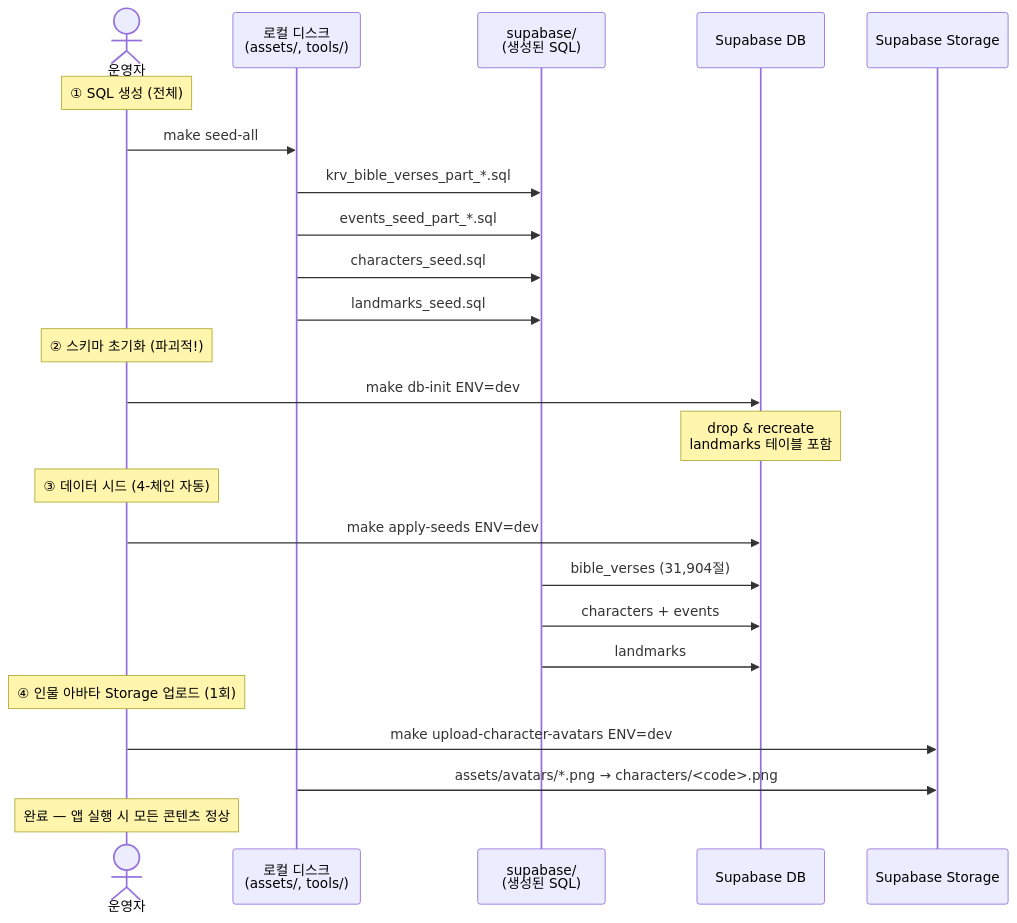
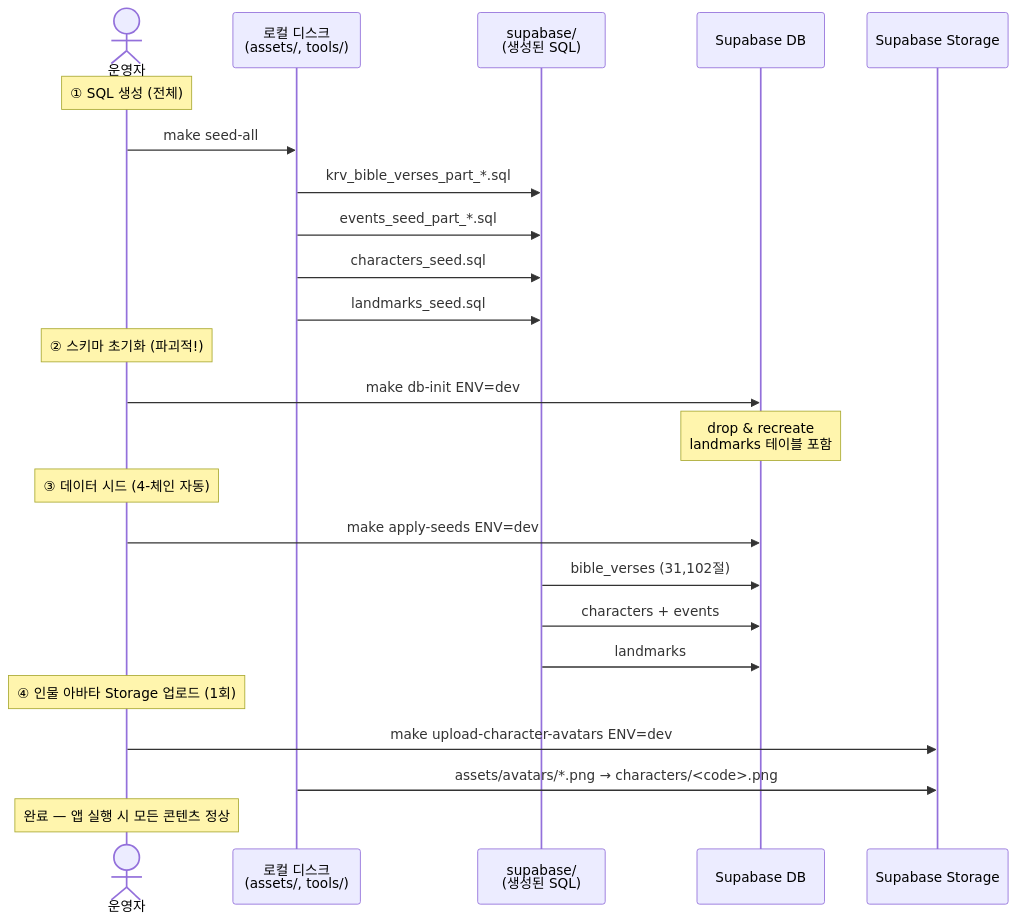
Before and after one commit to brand-i-admin/story_bible: the fifth of 5 diagrams in docs/guides/WORKFLOW_GUIDE.md, drawn with Mermaid. The commit also changed 10 other files, not shown here.

````diff
--- a/docs/guides/WORKFLOW_GUIDE.md
+++ b/docs/guides/WORKFLOW_GUIDE.md
@@ -430,31 +430,31 @@
 ```mermaid
 sequenceDiagram
     actor U as 운영자
     participant Local as 로컬 디스크<br/>(assets/, tools/)
     participant SQL as supabase/<br/>(생성된 SQL)
     participant DB as Supabase DB
     participant Storage as Supabase Storage
 
     Note over U: ① SQL 생성 (전체)
     U->>Local: make seed-all
     Local->>SQL: krv_bible_verses_part_*.sql
     Local->>SQL: events_seed_part_*.sql
     Local->>SQL: characters_seed.sql
     Local->>SQL: landmarks_seed.sql
 
     Note over U: ② 스키마 초기화 (파괴적!)
     U->>DB: make db-init ENV=dev
     Note over DB: drop & recreate<br/>landmarks 테이블 포함
 
     Note over U: ③ 데이터 시드 (4-체인 자동)
     U->>DB: make apply-seeds ENV=dev
-    SQL->>DB: bible_verses (31,904절)
+    SQL->>DB: bible_verses (31,102절)
     SQL->>DB: characters + events
     SQL->>DB: landmarks
 
     Note over U: ④ 인물 아바타 Storage 업로드 (1회)
     U->>Storage: make upload-character-avatars ENV=dev
     Local->>Storage: assets/avatars/*.png → characters/<code>.png
 
     Note over U: 완료 — 앱 실행 시 모든 콘텐츠 정상
 ```
````
